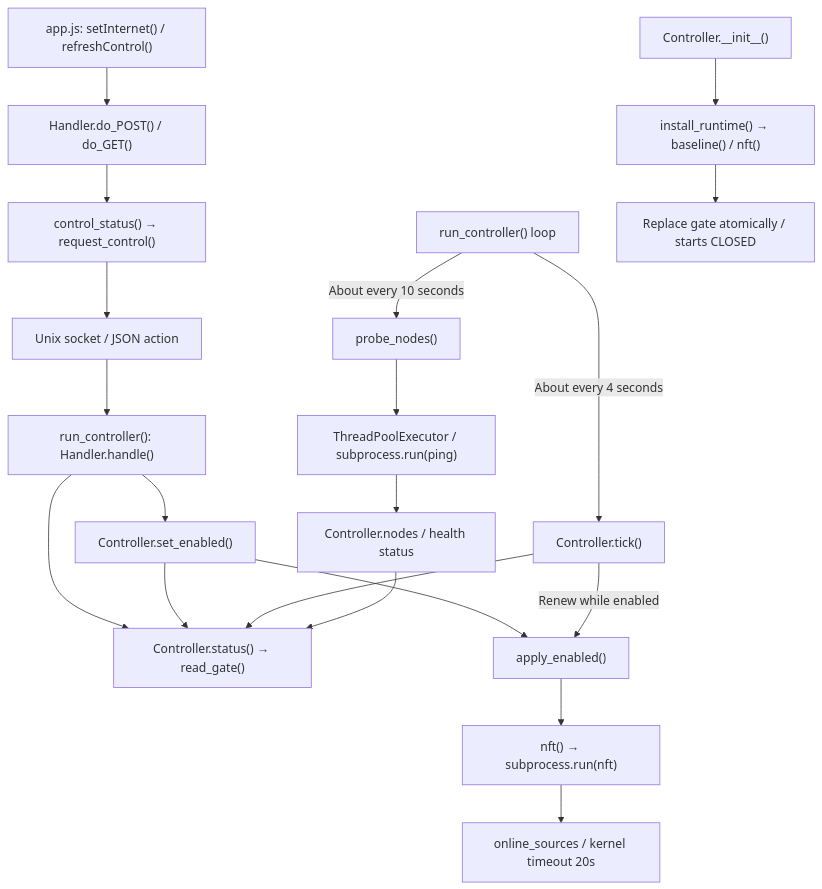
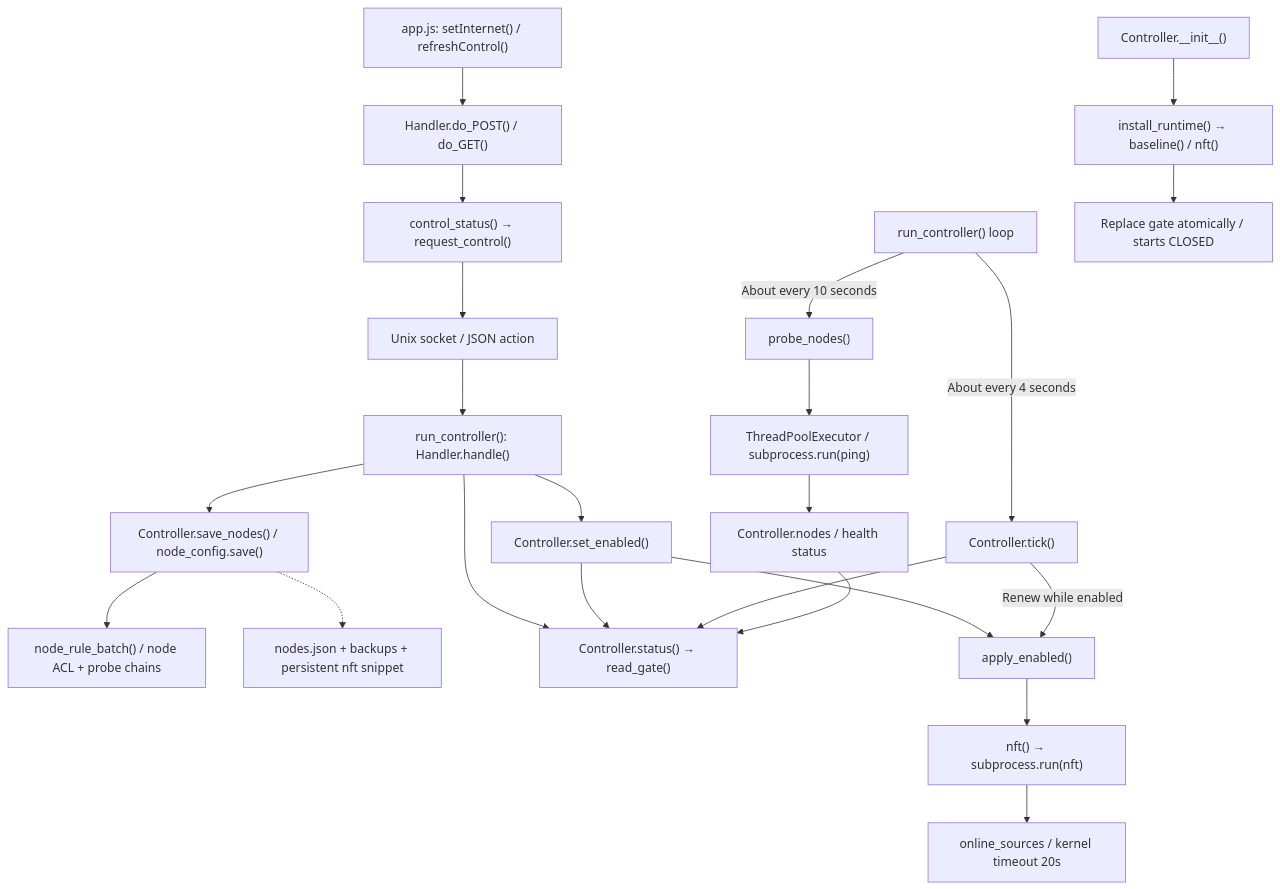
The fifth of 7 diagrams in docs/PROGRAM_FLOW.ja.md (tao-munakata/RabbitWall), drawn with Mermaid before and after one commit. The commit also changed other lines of this file and 26 other files, not shown here.

````diff
--- a/docs/PROGRAM_FLOW.ja.md
+++ b/docs/PROGRAM_FLOW.ja.md
@@ -123,22 +126,25 @@
 ```mermaid
 flowchart TB
     UI["app.js: setInternet() / refreshControl()"] --> API["Handler.do_POST() / do_GET()"]
     API --> Request["control_status() → request_control()"]
     Request --> Socket["Unix socket / JSON action"]
     Socket --> Handler["run_controller(): Handler.handle()"]
+    Handler --> SaveNodes["Controller.save_nodes() / node_config.save()"]
+    SaveNodes --> ACL["node_rule_batch() / node ACL + probe chains"]
+    SaveNodes -.-> SavedNodes["nodes.json + backups + persistent nft snippet"]
     Handler --> Status["Controller.status() → read_gate()"]
     Handler --> Set["Controller.set_enabled()"]
     Set --> Status
     Set --> Apply["apply_enabled()"]
     Apply --> Nft["nft() → subprocess.run(nft)"]
     Nft --> Kernel["online_sources / kernel timeout 20s"]
     Loop["run_controller() loop"] -->|About every 4 seconds| Tick["Controller.tick()"]
     Tick --> Status
     Tick -->|Renew while enabled| Apply
     Loop -->|About every 10 seconds| Probe["probe_nodes()"]
     Probe --> Ping["ThreadPoolExecutor / subprocess.run(ping)"]
     Ping --> Nodes["Controller.nodes / health status"]
     Nodes --> Status
     Boot["Controller.__init__()"] --> Runtime["install_runtime() → baseline() / nft()"]
     Runtime --> Closed["Replace gate atomically / starts CLOSED"]
 ```
````
